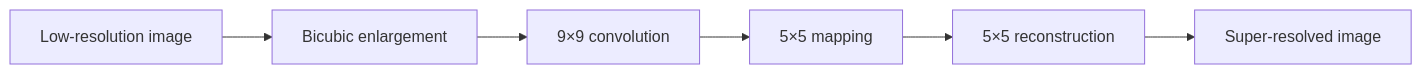
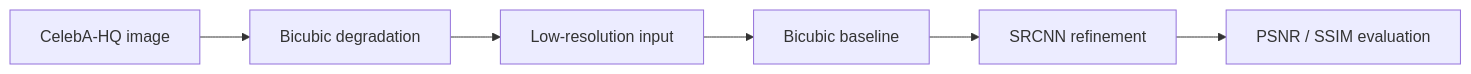
The diagram in README.md (mehdifa1372/pytorch-super-resolution), drawn with Mermaid before and after one commit. The commit also changed other lines of this file, not shown here.

Commit message:
Refocus project on CelebA-HQ research

````diff
--- a/README.md
+++ b/README.md
@@ -5,8 +10,8 @@
 ```mermaid
 flowchart LR
-    LR["Low-resolution image"] --> BI["Bicubic enlargement"]
-    BI --> C1["9×9 convolution"]
-    C1 --> C2["5×5 mapping"]
-    C2 --> C3["5×5 reconstruction"]
-    C3 --> SR["Super-resolved image"]
+    HR["CelebA-HQ image"] --> DG["Bicubic degradation"]
+    DG --> LR["Low-resolution input"]
+    LR --> BC["Bicubic baseline"]
+    BC --> NN["SRCNN refinement"]
+    NN --> EV["PSNR / SSIM evaluation"]
 ```
````
